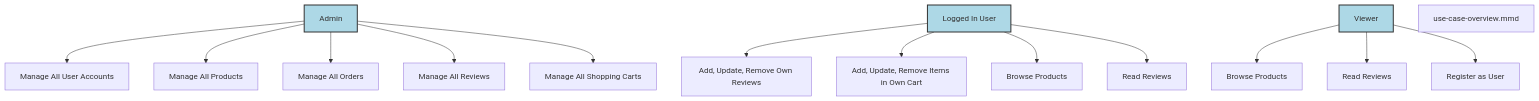
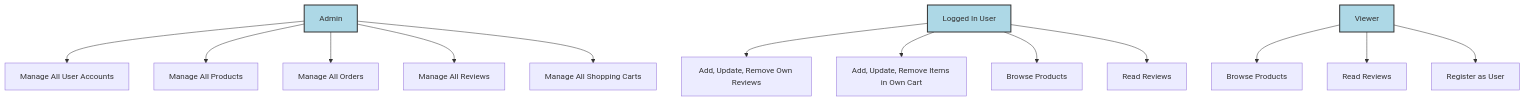
One commit to MGTheTrain/e-commerce-service changed the diagram in docs/diagrams/use-case-overview.mmd. Above: the diagram before and after it, drawn with Mermaid.

Commit message:
modify use case diagram

```diff
--- a/docs/diagrams/use-case-overview.mmd
+++ b/docs/diagrams/use-case-overview.mmd
@@ -1,25 +1,23 @@
 graph TD;
 
 Admin["Admin"]
 LoggedInUser["Logged In User"]
 Viewer["Viewer"]
 
 Admin --> UC1["Manage All User Accounts"]
 Admin --> UC2["Manage All Products"]
 Admin --> UC3["Manage All Orders"]
 Admin --> UC4["Manage All Reviews"]
 Admin --> UC5["Manage All Shopping Carts"]
 
 LoggedInUser --> UC6["Add, Update, Remove Own Reviews"]
 LoggedInUser --> UC7["Add, Update, Remove Items in Own Cart"]
 LoggedInUser --> UC8["Browse Products"]
 LoggedInUser --> UC9["Read Reviews"]
 
 Viewer --> UC10["Browse Products"]
 Viewer --> UC11["Read Reviews"]
 Viewer --> UC12["Register as User"]
 
 classDef actor fill:#ADD8E6,stroke:#333,stroke-width:2px;
 class Admin,LoggedInUser,Viewer actor;
-
-use-case-overview.mmd
```
